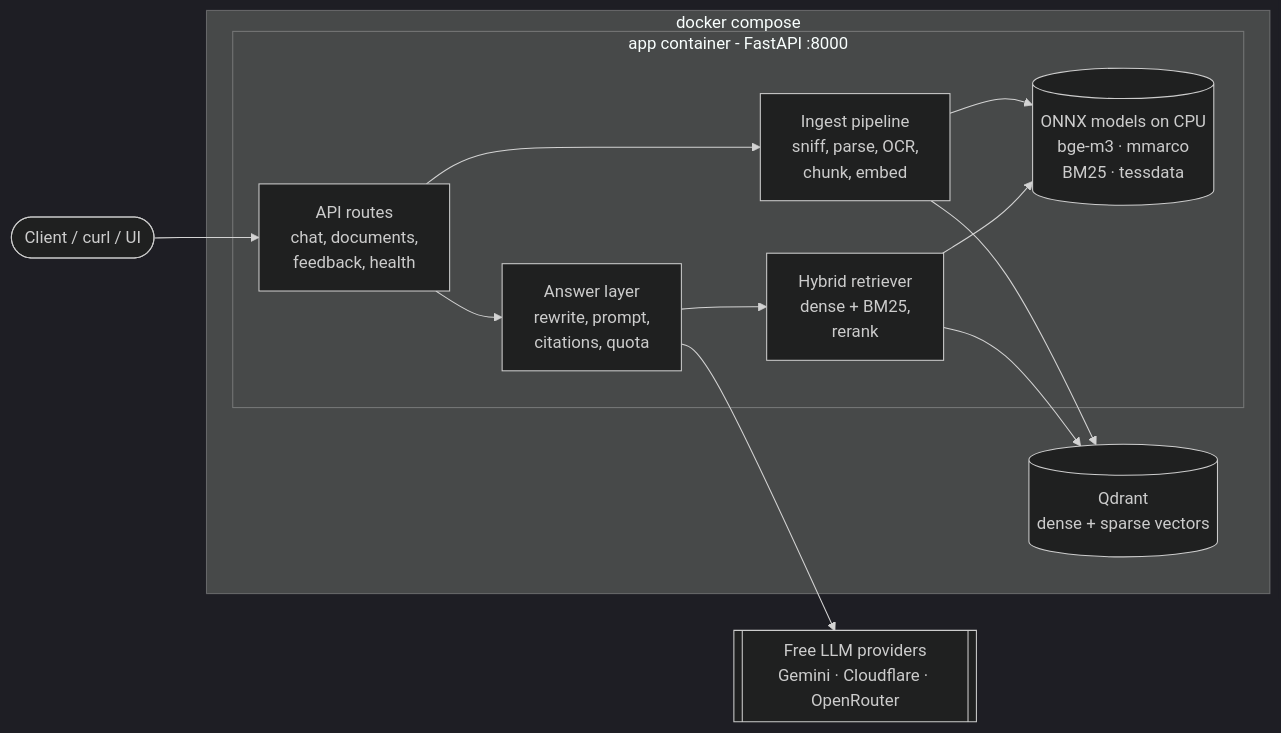
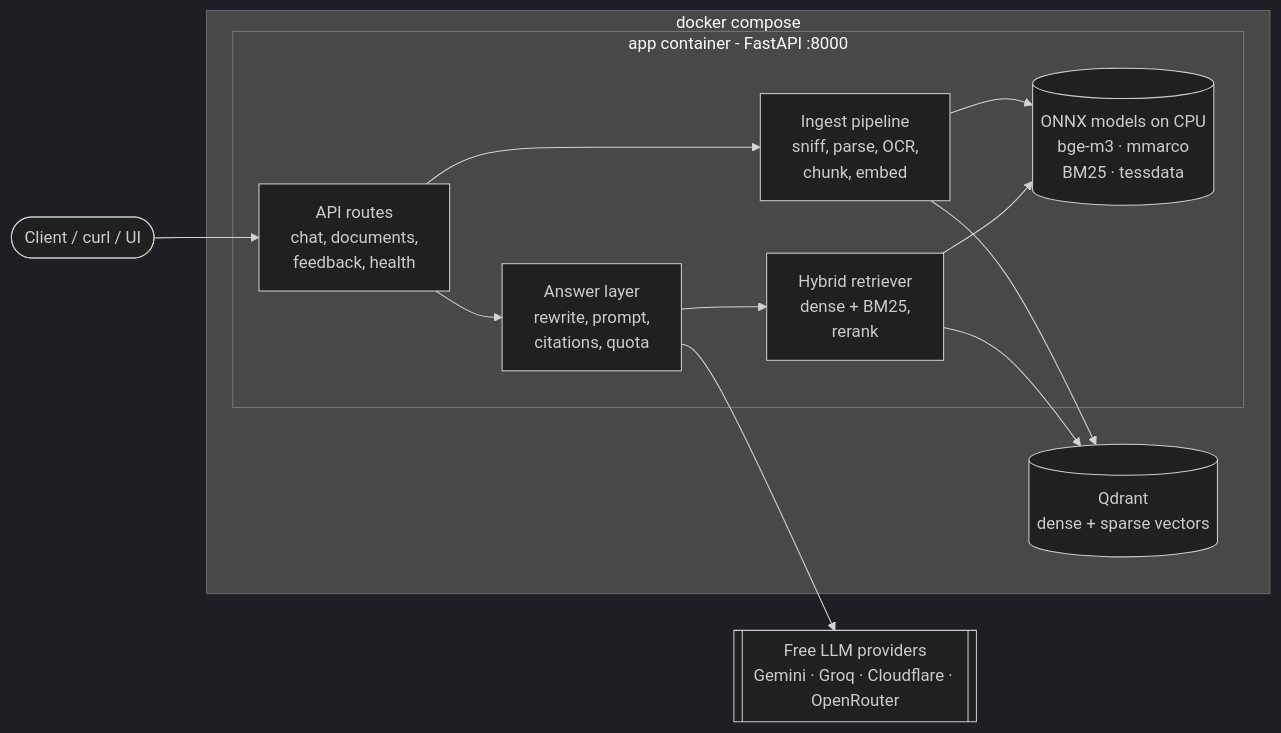
The diagram in README.md (MicroClub-USTHB/micro-bot), drawn with Mermaid (dark theme) before and after one commit. The commit also changed other lines of this file and 2 other files, not shown here.

First line of the commit message:
docs: document the credential pools, groq and the per-model reasoning default for deployers

````diff
--- a/README.md
+++ b/README.md
@@ -85,27 +87,27 @@
 ```mermaid
 flowchart LR
     client([Client / curl / UI])
 
     subgraph compose[docker compose]
         subgraph app[app container - FastAPI :8000]
             api[API routes<br/>chat, documents,<br/>feedback, health]
             ingest[Ingest pipeline<br/>sniff, parse, OCR,<br/>chunk, embed]
             retr[Hybrid retriever<br/>dense + BM25,<br/>rerank]
             ans[Answer layer<br/>rewrite, prompt,<br/>citations, quota]
             models[(ONNX models on CPU<br/>bge-m3 · mmarco<br/>BM25 · tessdata)]
         end
         qdrant[(Qdrant<br/>dense + sparse vectors)]
     end
 
-    llm[[Free LLM providers<br/>Gemini · Cloudflare · OpenRouter]]
+    llm[[Free LLM providers<br/>Gemini · Groq · Cloudflare · OpenRouter]]
 
     client --> api
     api --> ingest
     api --> ans
     ans --> retr
     ingest --> models
     retr --> models
     ingest --> qdrant
     retr --> qdrant
     ans --> llm
 ```
````
